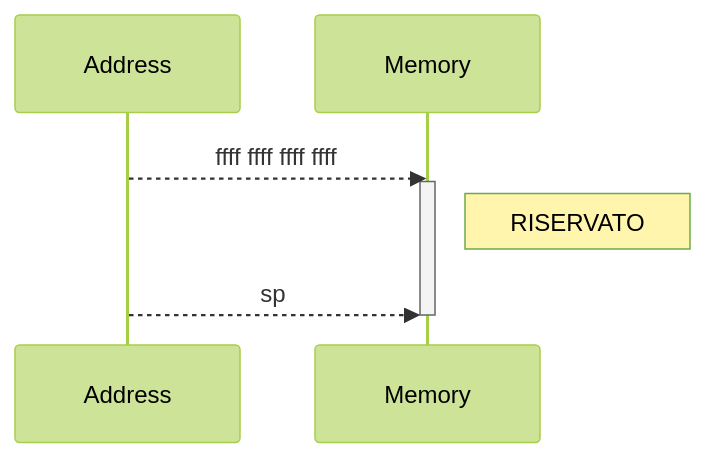
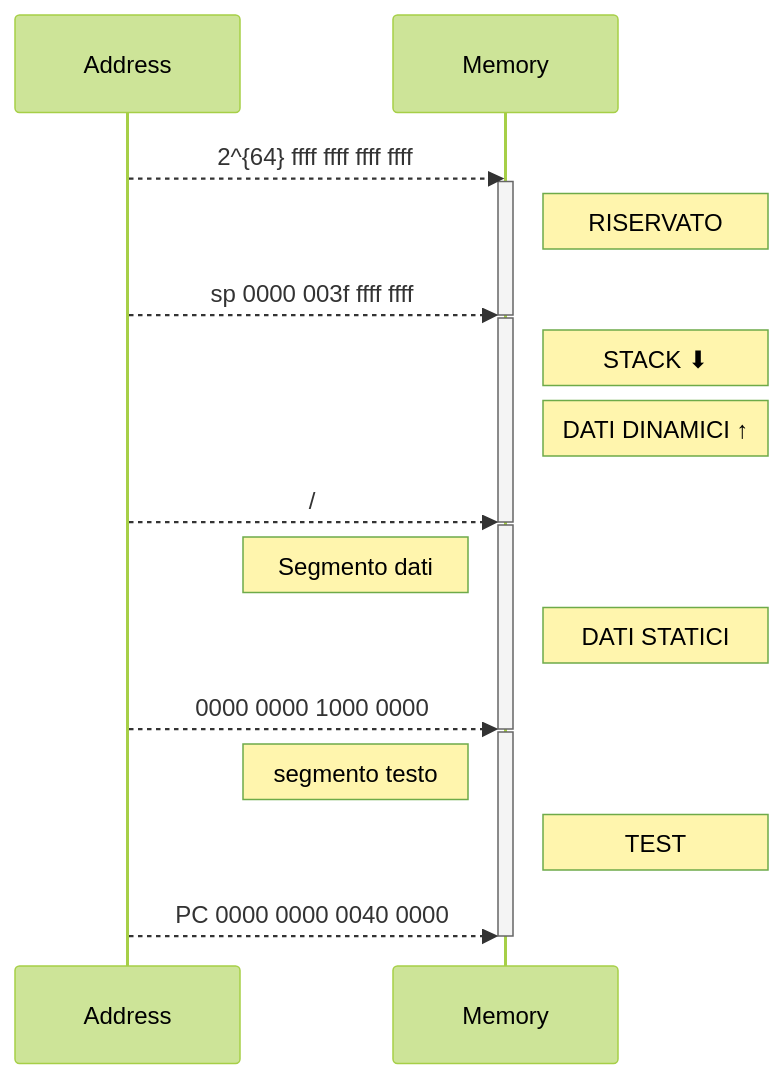
Before and after one commit to ErenKyojin/ACSO-polimi: the diagram in Architettura/memoria.md, drawn with Mermaid (forest theme).

Commit message:
vault backup: 2022-09-27 18:08:18

````diff
--- a/Architettura/memoria.md
+++ b/Architettura/memoria.md
@@ -43,12 +43,24 @@
 ```mermaid
 sequenceDiagram
-   Address -->> Memory: ffff ffff ffff ffff
+   Address -->> Memory: 2^{64} ffff ffff ffff ffff
    activate Memory
    Note right of Memory: RISERVATO
-   Address -->> Memory: sp
+   Address -->> Memory: sp 0000 003f ffff ffff
    deactivate Memory
    activate Memory
-   
-
+   Note right of Memory: STACK ⬇
+   Note right of Memory: DATI DINAMICI ↑
+   Address -->> Memory: /
+   deactivate Memory
+   activate Memory
+   note left of Memory: Segmento dati   
+   note right of Memory: DATI STATICI
+   Address -->> Memory: 0000 0000 1000 0000
+   deactivate Memory
+   activate Memory
+   note left of Memory: segmento testo
+   note right of Memory: TEST
+   Address -->> Memory: PC 0000 0000 0040 0000
+   deactivate Memory
 
 ```
````
